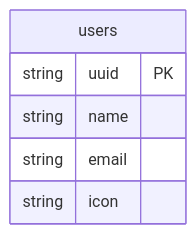
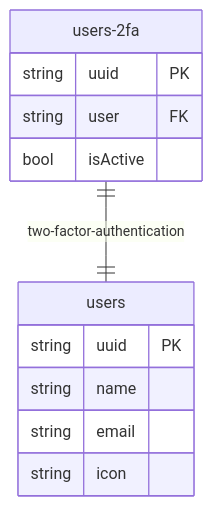
The diagram in doc/er/pong_tables.md (ShotaTanemura/ft_transcendence), drawn with Mermaid before and after one commit.

Commit message:
users-2fa column manages user's authentication option by 2fa

````diff
--- a/doc/er/pong_tables.md
+++ b/doc/er/pong_tables.md
@@ -3,10 +3,17 @@
 ```mermaid
 erDiagram
 
 users {
     string uuid PK
     string name
     string email
     string icon
 }
+
+users-2fa ||--|| users : two-factor-authentication
+users-2fa {
+    string uuid PK
+    string user FK
+    bool isActive
+}
 ```
````
